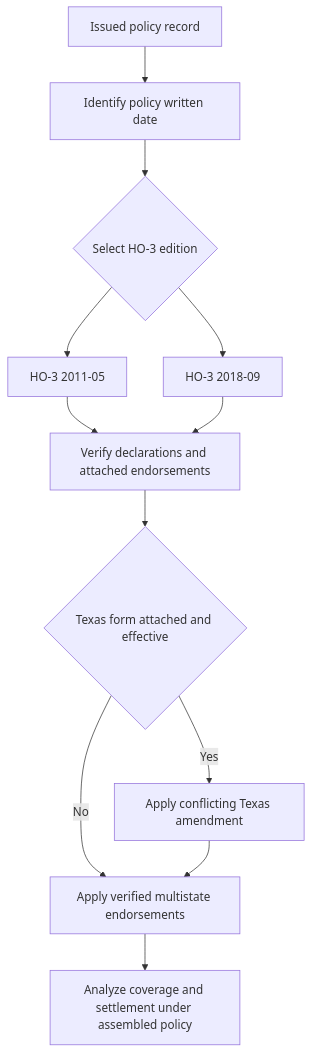
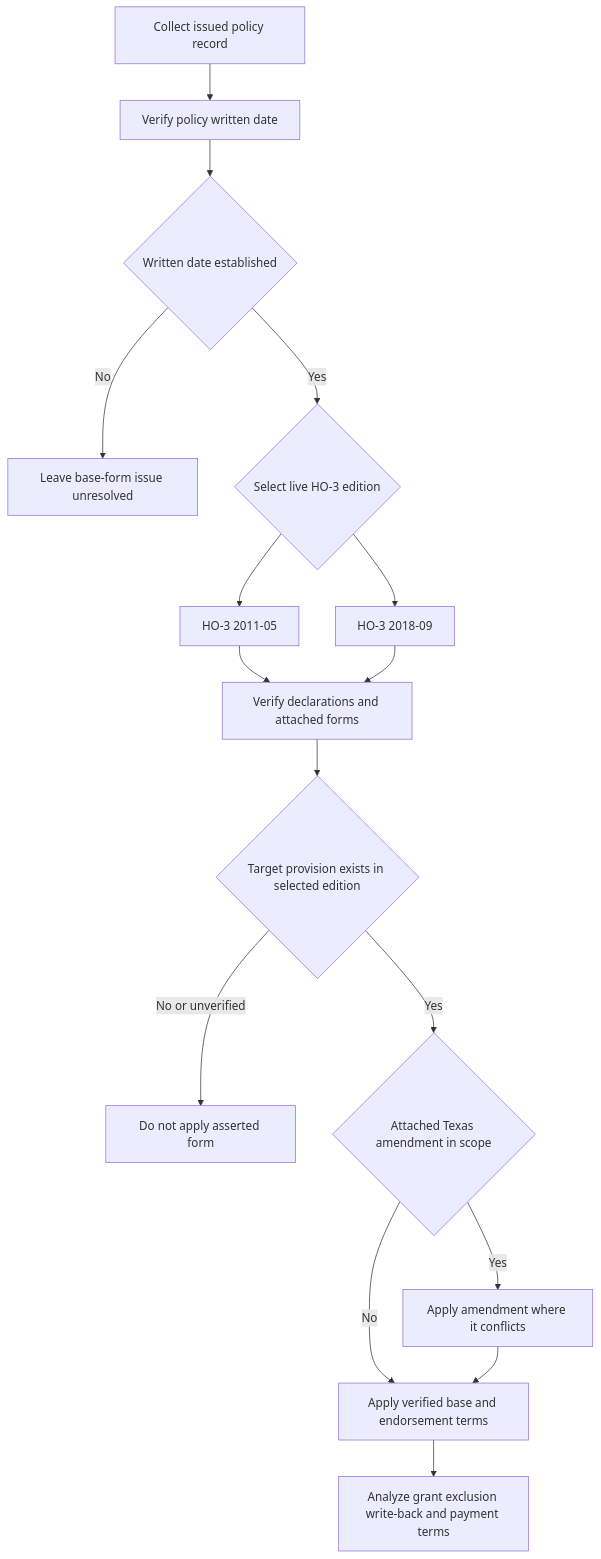
One commit to eugeneliu-86/openwiki-insurance-corpus changed the diagram in openwiki/coverage/policy-editions-and-governing-forms.md. Above: the diagram before and after it, drawn with Mermaid. The commit also changed other lines of this file and 47 other files, not shown here.

````diff
--- a/openwiki/coverage/policy-editions-and-governing-forms.md
+++ b/openwiki/coverage/policy-editions-and-governing-forms.md
@@ -49,14 +61,18 @@
 ```mermaid
 flowchart TD
-    Record["Issued policy record"] --> Written["Identify policy written date"]
-    Written --> Select{"Select HO-3 edition"}
-    Select --> Old["HO-3 2011-05"]
-    Select --> New["HO-3 2018-09"]
-    Old --> Forms["Verify declarations and attached endorsements"]
-    New --> Forms
-    Forms --> State{"Texas form attached and effective"}
-    State -- Yes --> Texas["Apply conflicting Texas amendment"]
-    State -- No --> Endorsements["Apply verified multistate endorsements"]
-    Texas --> Endorsements
-    Endorsements --> Analysis["Analyze coverage and settlement under assembled policy"]
+    Record["Collect issued policy record"] --> Written["Verify policy written date"]
+    Written --> Known{"Written date established"}
+    Known -- "No" --> Hold["Leave base-form issue unresolved"]
+    Known -- "Yes" --> Edition{"Select live HO-3 edition"}
+    Edition --> Old["HO-3 2011-05"]
+    Edition --> New["HO-3 2018-09"]
+    Old --> Attach["Verify declarations and attached forms"]
+    New --> Attach
+    Attach --> Match{"Target provision exists in selected edition"}
+    Match -- "No or unverified" --> Exclude["Do not apply asserted form"]
+    Match -- "Yes" --> Texas{"Attached Texas amendment in scope"}
+    Texas -- "No" --> Terms["Apply verified base and endorsement terms"]
+    Texas -- "Yes" --> Conflict["Apply amendment where it conflicts"]
+    Conflict --> Terms
+    Terms --> Analysis["Analyze grant exclusion write-back and payment terms"]
 ```
````
